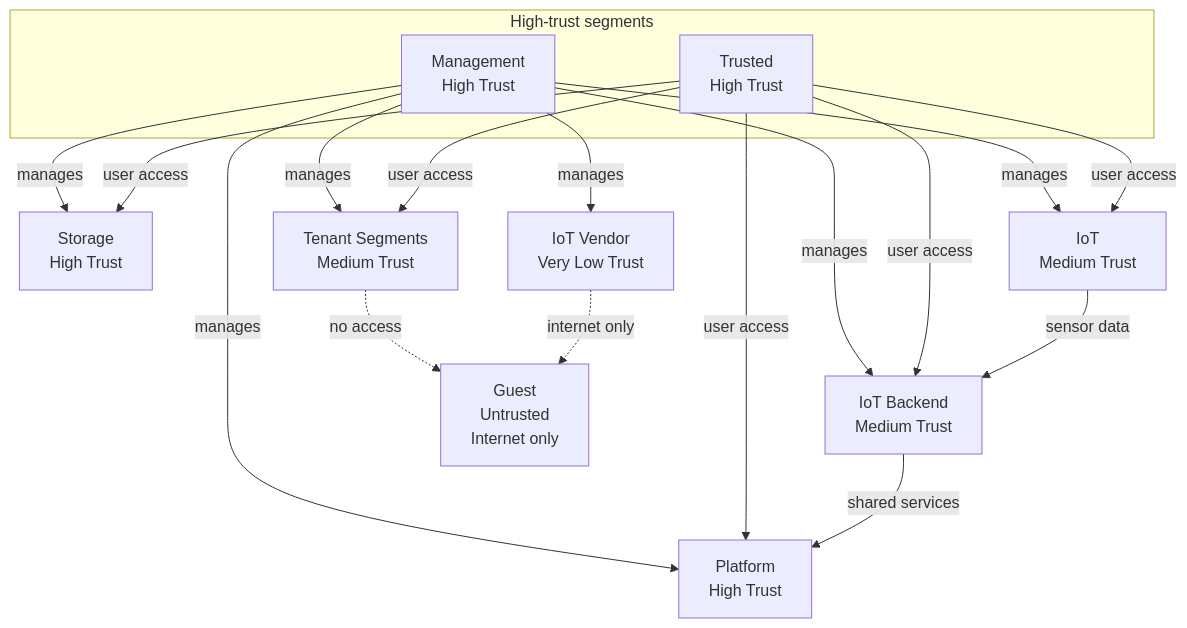
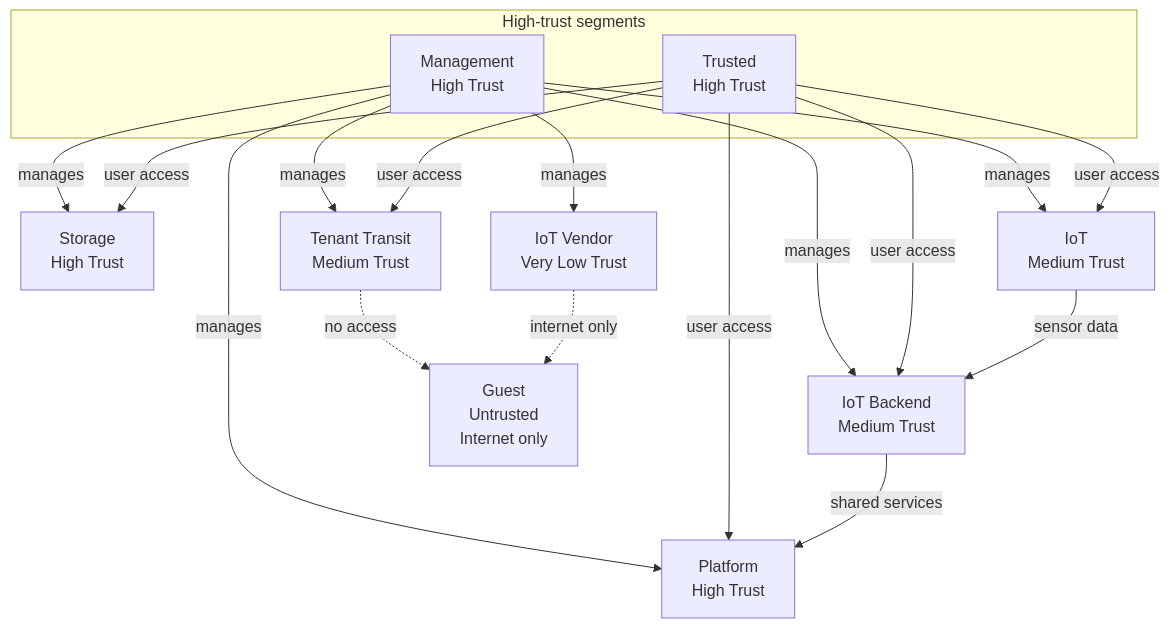
Before and after one commit to deevnet/deevnet-docs: the diagram in content/docs/architecture/network-segmentation.md, drawn with Mermaid. The commit also changed other lines of this file and 22 other files, not shown here.

First line of the commit message:
Architecture section review, and ADR statuses (#108)

```diff
--- a/content/docs/architecture/network-segmentation.md
+++ b/content/docs/architecture/network-segmentation.md
@@ -189,25 +203,25 @@
 {{< mermaid >}}
 graph TB
     subgraph high["High-trust segments"]
         Mgmt[Management<br>High Trust]
         Trusted[Trusted<br>High Trust]
     end
 
     Mgmt -->|manages| Storage[Storage<br>High Trust]
     Mgmt -->|manages| Platform[Platform<br>High Trust]
-    Mgmt -->|manages| Tenant[Tenant Segments<br>Medium Trust]
+    Mgmt -->|manages| Tenant[Tenant Transit<br>Medium Trust]
     Mgmt -->|manages| IoTBackend[IoT Backend<br>Medium Trust]
     Mgmt -->|manages| IoT[IoT<br>Medium Trust]
     Mgmt -->|manages| IoTVendor[IoT Vendor<br>Very Low Trust]
     Trusted -->|user access| Storage
     Trusted -->|user access| Platform
     Trusted -->|user access| Tenant
     Trusted -->|user access| IoTBackend
     Trusted -->|user access| IoT
 
     IoT -->|sensor data| IoTBackend
     IoTBackend -->|shared services| Platform
 
     Tenant -.->|no access| Guest[Guest<br>Untrusted<br>Internet only]
     IoTVendor -.->|internet only| Guest
 {{< /mermaid >}}
```
